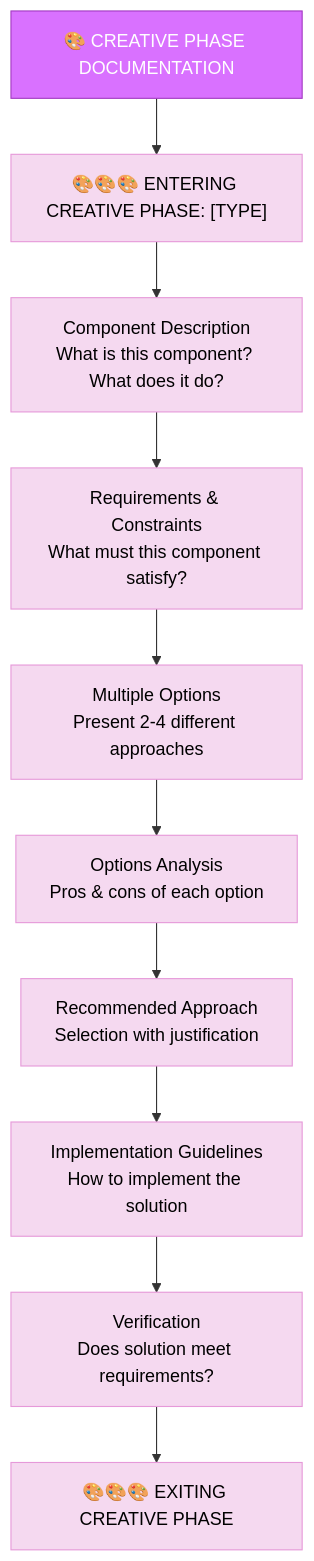
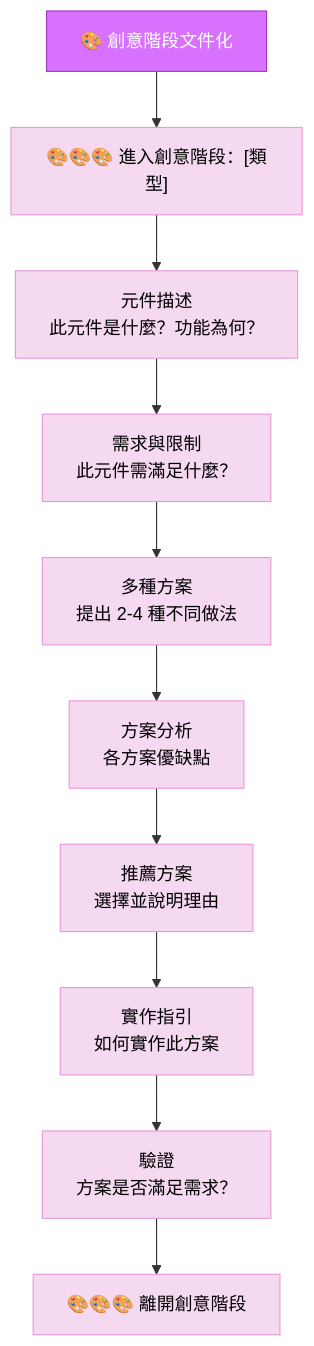
One commit to chenjackle45/cursor-memory-bank-chinese changed the fifth of 6 diagrams in 中文化/custom_modes/creative_instructions.md. Above: the diagram before and after it, drawn with Mermaid. The commit also changed other lines of this file and 5 other files, not shown here.

Commit message:
Translate and update documentation for Reflect+Archive and VAN modes to enhance clarity and accessibility for users. Adjusted flowcharts and verification checklists to reflect changes in the development process.

````diff
--- a/中文化/custom_modes/creative_instructions.md
+++ b/中文化/custom_modes/creative_instructions.md
@@ -232,23 +239,23 @@
 ```mermaid
 graph TD
-    CPD["🎨 CREATIVE PHASE DOCUMENTATION"] --> Entry["🎨🎨🎨 ENTERING CREATIVE PHASE: [TYPE]"]
-    Entry --> Desc["Component Description<br>What is this component? What does it do?"]
-    Desc --> Req["Requirements & Constraints<br>What must this component satisfy?"]
-    Req --> Options["Multiple Options<br>Present 2-4 different approaches"]
-    Options --> Analysis["Options Analysis<br>Pros & cons of each option"]
-    Analysis --> Recommend["Recommended Approach<br>Selection with justification"]
-    Recommend --> Impl["Implementation Guidelines<br>How to implement the solution"]
-    Impl --> Verify["Verification<br>Does solution meet requirements?"] 
-    Verify --> Exit["🎨🎨🎨 EXITING CREATIVE PHASE"]
-    
+    CPD["🎨 創意階段文件化"] --> Entry["🎨🎨🎨 進入創意階段：[類型]"]
+    Entry --> Desc["元件描述<br>此元件是什麼？功能為何？"]
+    Desc --> Req["需求與限制<br>此元件需滿足什麼？"]
+    Req --> Options["多種方案<br>提出 2-4 種不同做法"]
+    Options --> Analysis["方案分析<br>各方案優缺點"]
+    Analysis --> Recommend["推薦方案<br>選擇並說明理由"]
+    Recommend --> Impl["實作指引<br>如何實作此方案"]
+    Impl --> Verify["驗證<br>方案是否滿足需求？"]
+    Verify --> Exit["🎨🎨🎨 離開創意階段"]
+
     style CPD fill:#d971ff,stroke:#a33bc2,color:white
     style Entry fill:#f5d9f0,stroke:#e699d9,color:black
     style Desc fill:#f5d9f0,stroke:#e699d9,color:black
     style Req fill:#f5d9f0,stroke:#e699d9,color:black
     style Options fill:#f5d9f0,stroke:#e699d9,color:black
     style Analysis fill:#f5d9f0,stroke:#e699d9,color:black
     style Recommend fill:#f5d9f0,stroke:#e699d9,color:black
     style Impl fill:#f5d9f0,stroke:#e699d9,color:black
     style Verify fill:#f5d9f0,stroke:#e699d9,color:black
     style Exit fill:#f5d9f0,stroke:#e699d9,color:black
 ```
````
